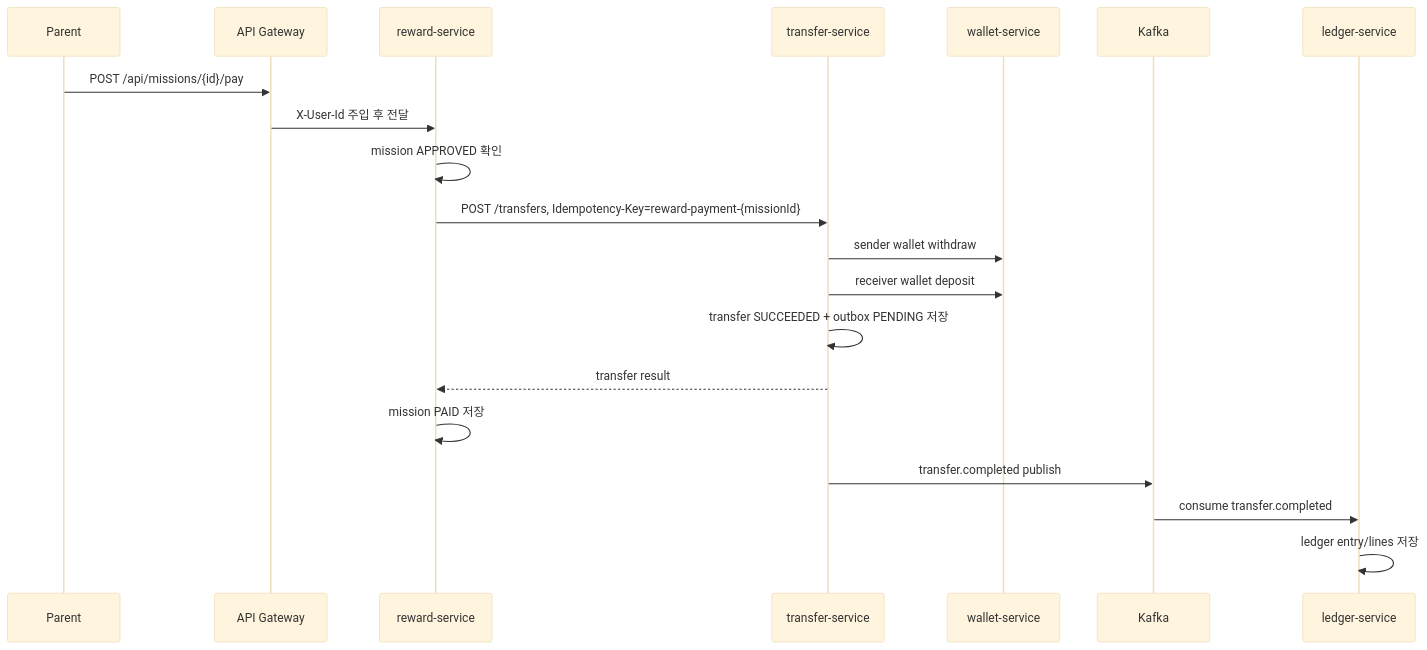
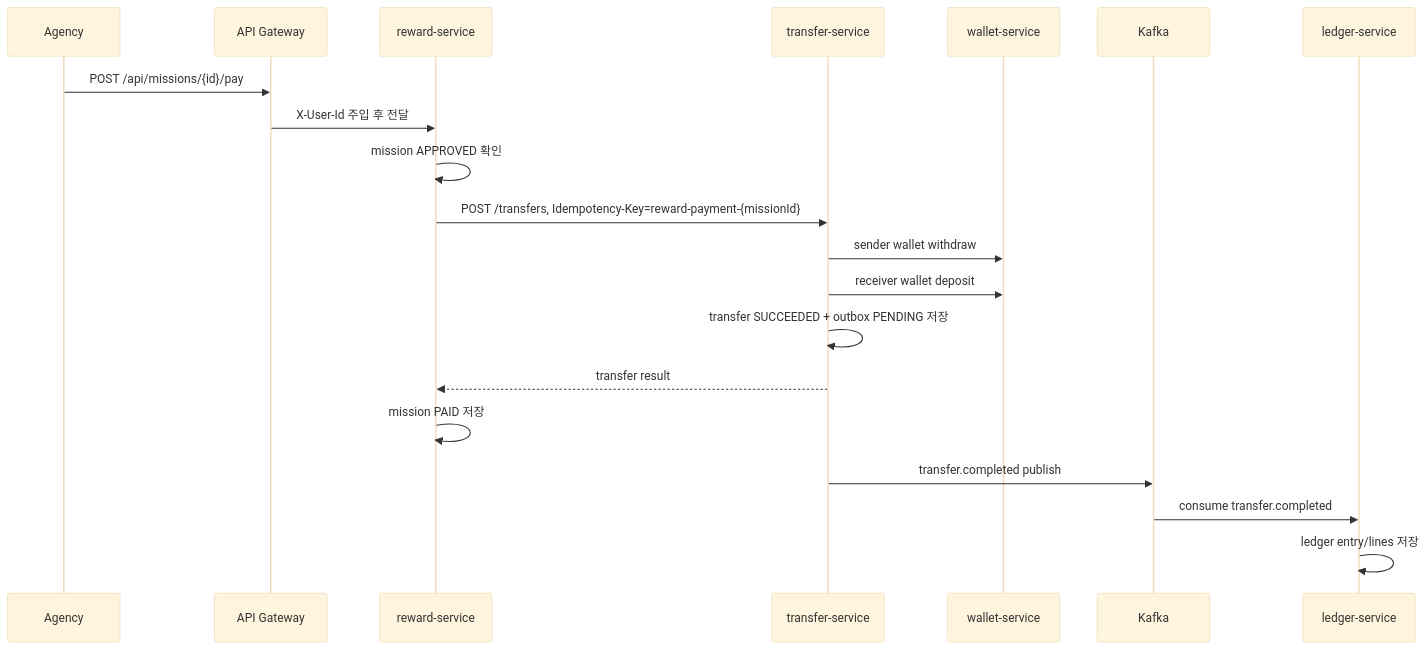
The second of 2 diagrams in reference-docs/참고문서/04-architecture.md (ohuiseok/PayFlow), drawn with Mermaid (base theme) before and after one commit. The commit also changed other lines of this file and 173 other files, not shown here.

````diff
--- a/reference-docs/참고문서/04-architecture.md
+++ b/reference-docs/참고문서/04-architecture.md
@@ -76,23 +78,23 @@
 ```mermaid
 sequenceDiagram
-    participant P as Parent
+    participant P as Agency
     participant G as API Gateway
     participant R as reward-service
     participant T as transfer-service
     participant W as wallet-service
     participant K as Kafka
     participant L as ledger-service
 
     P->>G: POST /api/missions/{id}/pay
     G->>R: X-User-Id 주입 후 전달
     R->>R: mission APPROVED 확인
     R->>T: POST /transfers, Idempotency-Key=reward-payment-{missionId}
     T->>W: sender wallet withdraw
     T->>W: receiver wallet deposit
     T->>T: transfer SUCCEEDED + outbox PENDING 저장
     T-->>R: transfer result
     R->>R: mission PAID 저장
     T->>K: transfer.completed publish
     K->>L: consume transfer.completed
     L->>L: ledger entry/lines 저장
 ```
````
